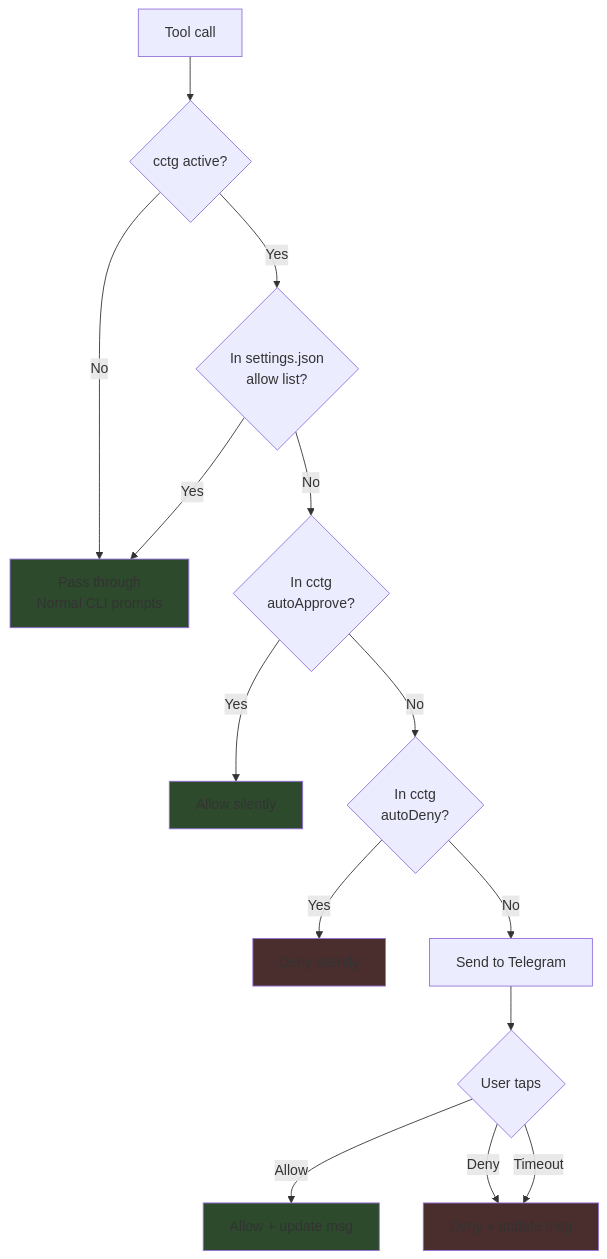
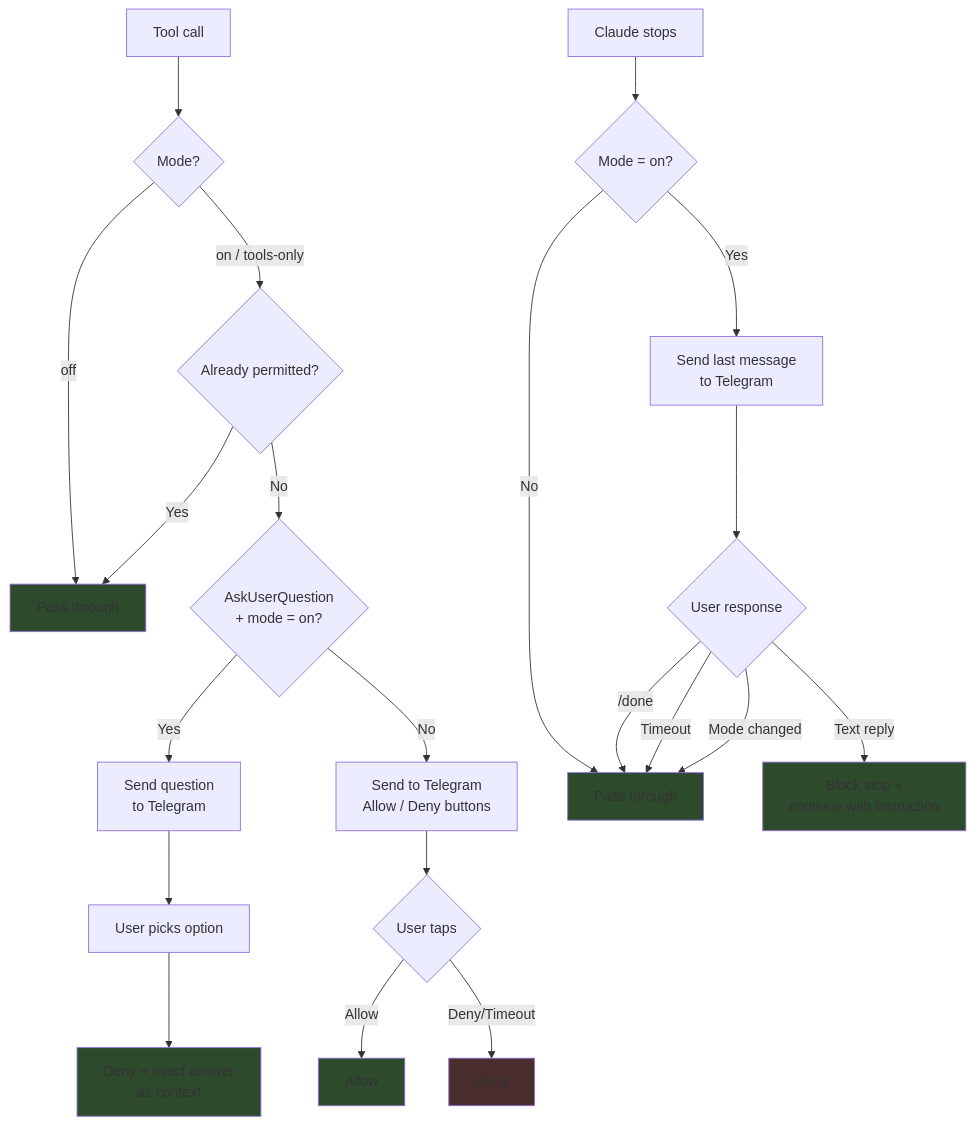
Before and after one commit to laveez/cctg: the second of 2 diagrams in README.md, drawn with Mermaid. The commit also changed other lines of this file, not shown here.

Commit message:
Docs: Update README for remote mode, question interception, and three-mode system

````diff
--- a/README.md
+++ b/README.md
@@ -143,22 +172,31 @@
 ```mermaid
 flowchart TD
-    A[Tool call] --> B{cctg active?}
-    B -- No --> C[Pass through<br/>Normal CLI prompts]
-    B -- Yes --> D{In settings.json<br/>allow list?}
+    A[Tool call] --> B{Mode?}
+    B -- off --> C[Pass through]
+    B -- on / tools-only --> D{Already permitted?}
     D -- Yes --> C
-    D -- No --> E{In cctg<br/>autoApprove?}
-    E -- Yes --> F[Allow silently]
-    E -- No --> G{In cctg<br/>autoDeny?}
-    G -- Yes --> H[Deny silently]
-    G -- No --> I[Send to Telegram]
+    D -- No --> E{AskUserQuestion<br/>+ mode = on?}
+    E -- Yes --> F[Send question<br/>to Telegram]
+    F --> G[User picks option]
+    G --> H[Deny + inject answer<br/>as context]
+    E -- No --> I[Send to Telegram<br/>Allow / Deny buttons]
     I --> J{User taps}
-    J -- Allow --> K[Allow + update msg]
-    J -- Deny --> L[Deny + update msg]
-    J -- Timeout --> L
+    J -- Allow --> K[Allow]
+    J -- Deny/Timeout --> L[Deny]
+
+    M[Claude stops] --> N{Mode = on?}
+    N -- No --> O[Pass through]
+    N -- Yes --> P[Send last message<br/>to Telegram]
+    P --> Q{User response}
+    Q -- Text reply --> R[Block stop +<br/>continue with instruction]
+    Q -- /done --> O
+    Q -- Timeout --> O
+    Q -- Mode changed --> O
 
     style C fill:#2d4a2d
-    style F fill:#2d4a2d
     style K fill:#2d4a2d
-    style H fill:#4a2d2d
+    style H fill:#2d4a2d
+    style R fill:#2d4a2d
     style L fill:#4a2d2d
+    style O fill:#2d4a2d
 ```
````
